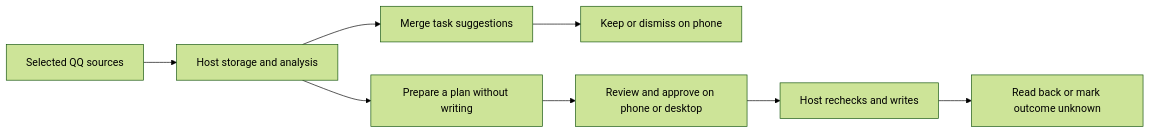
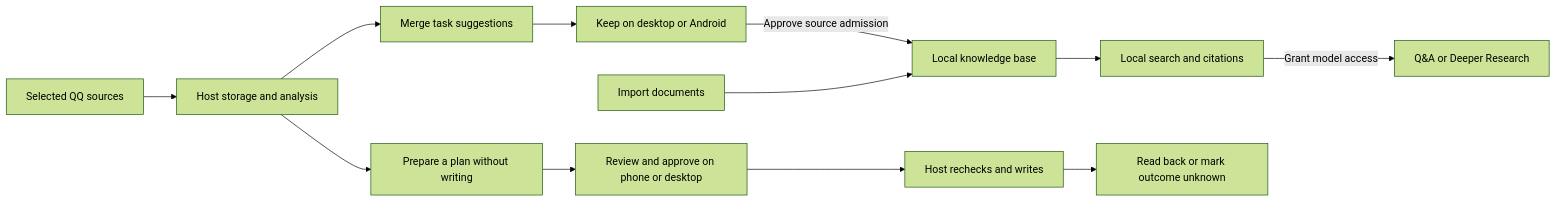
Before and after one commit to luojie286/Campus_Desk: the diagram in README_EN.md, drawn with Mermaid (forest theme). The commit also changed other lines of this file and 6 other files, not shown here.

Commit message:
docs: show knowledge base and Deeper Research

````diff
--- a/README_EN.md
+++ b/README_EN.md
@@ -88,10 +107,14 @@
 ```mermaid
 flowchart LR
     Q[Selected QQ sources] --> H[Host storage and analysis]
     H --> T[Merge task suggestions]
-    T --> K[Keep or dismiss on phone]
+    T --> K[Keep on desktop or Android]
+    K -->|Approve source admission| L[Local knowledge base]
+    D[Import documents] --> L
+    L --> R[Local search and citations]
+    R -->|Grant model access| S[Q&A or Deeper Research]
     H --> P[Prepare a plan without writing]
     P --> A[Review and approve on phone or desktop]
     A --> W[Host rechecks and writes]
     W --> V[Read back or mark outcome unknown]
 ```
````
